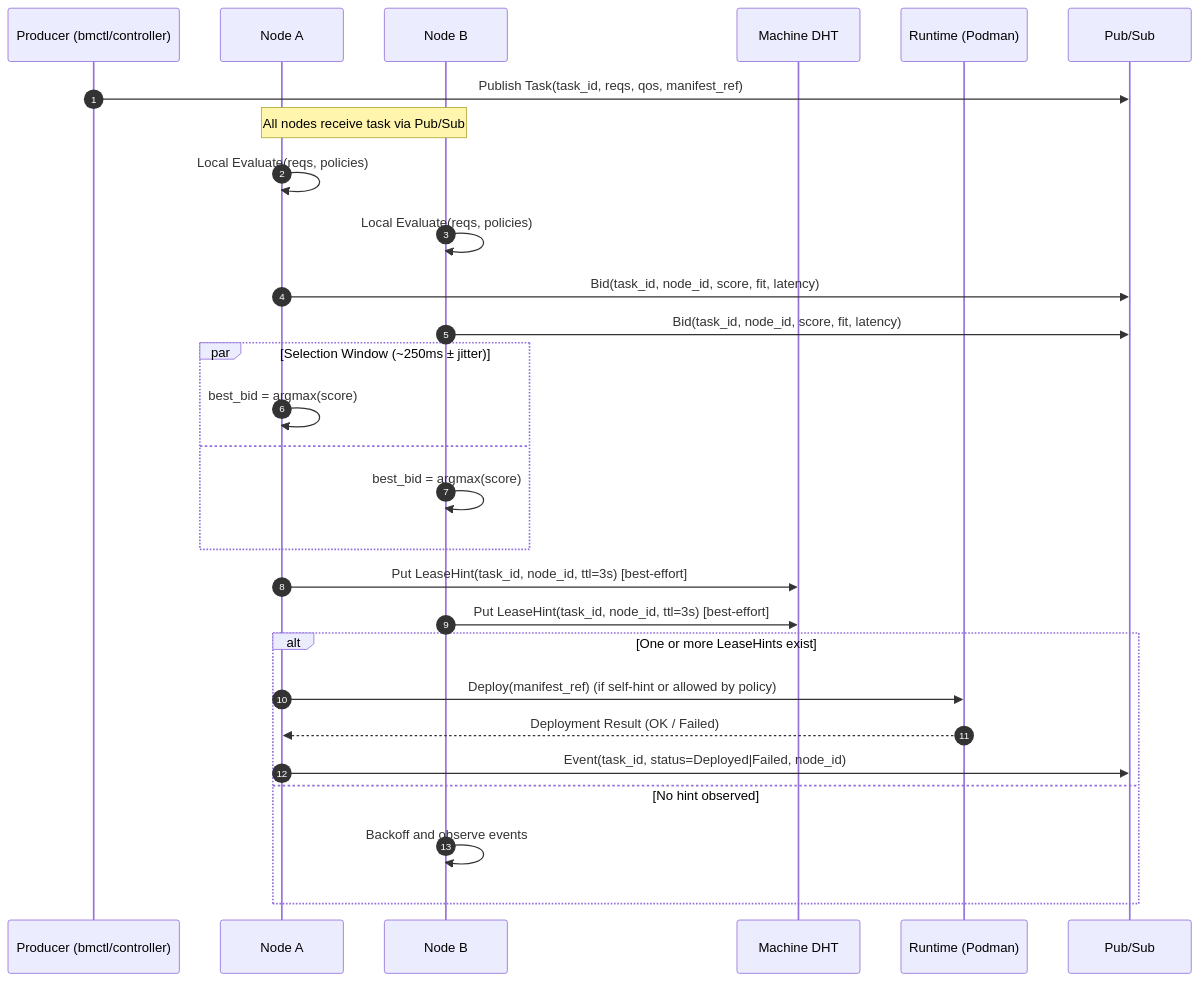
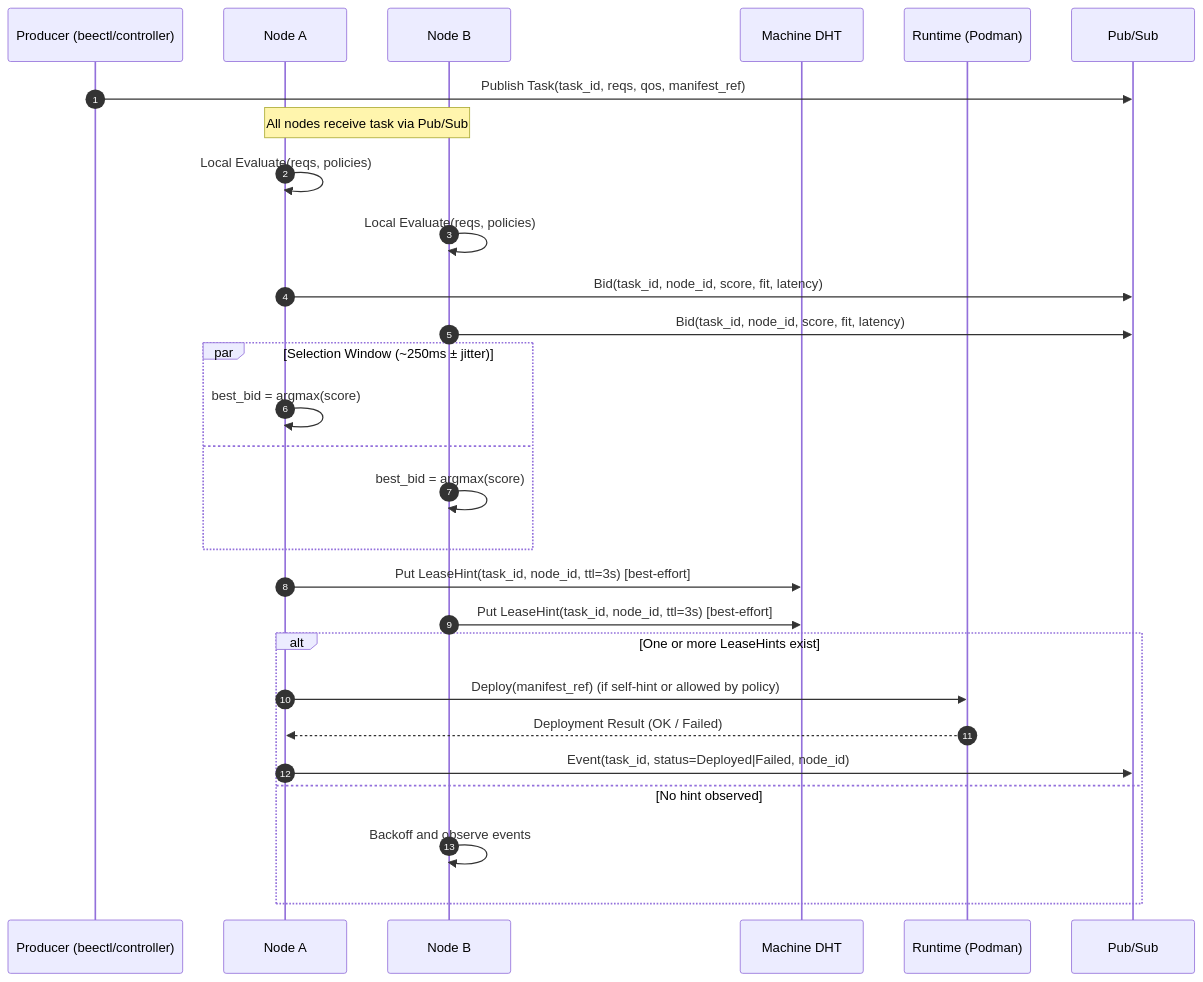
One commit to beemesh/beemesh changed the first of 3 diagrams in machineplane/README.md. Above: the diagram before and after it, drawn with Mermaid. The commit also changed other lines of this file and 73 other files, not shown here.

````diff
--- a/machineplane/README.md
+++ b/machineplane/README.md
@@ -55,36 +55,36 @@
 ```mermaid
 sequenceDiagram
   autonumber
-  participant P as Producer (bmctl/controller)
+  participant P as Producer (beectl/controller)
   participant N1 as Node A
   participant N2 as Node B
   participant MDHT as Machine DHT
   participant R as Runtime (Podman)
   participant PubSub as Pub/Sub
 
   P->>PubSub: Publish Task(task_id, reqs, qos, manifest_ref)
   Note over N1,N2: All nodes receive task via Pub/Sub
 
   N1->>N1: Local Evaluate(reqs, policies)
   N2->>N2: Local Evaluate(reqs, policies)
 
   N1->>PubSub: Bid(task_id, node_id, score, fit, latency)
   N2->>PubSub: Bid(task_id, node_id, score, fit, latency)
 
   par Selection Window (~250ms ± jitter)
     N1->>N1: best_bid = argmax(score)
   and
     N2->>N2: best_bid = argmax(score)
   end
 
   N1->>MDHT: Put LeaseHint(task_id, node_id, ttl=3s) [best-effort]
   N2->>MDHT: Put LeaseHint(task_id, node_id, ttl=3s) [best-effort]
 
   alt One or more LeaseHints exist
     N1->>R: Deploy(manifest_ref) (if self-hint or allowed by policy)
     R-->>N1: Deployment Result (OK / Failed)
     N1->>PubSub: Event(task_id, status=Deployed|Failed, node_id)
   else No hint observed
     N2->>N2: Backoff and observe events
   end
 ```
````
